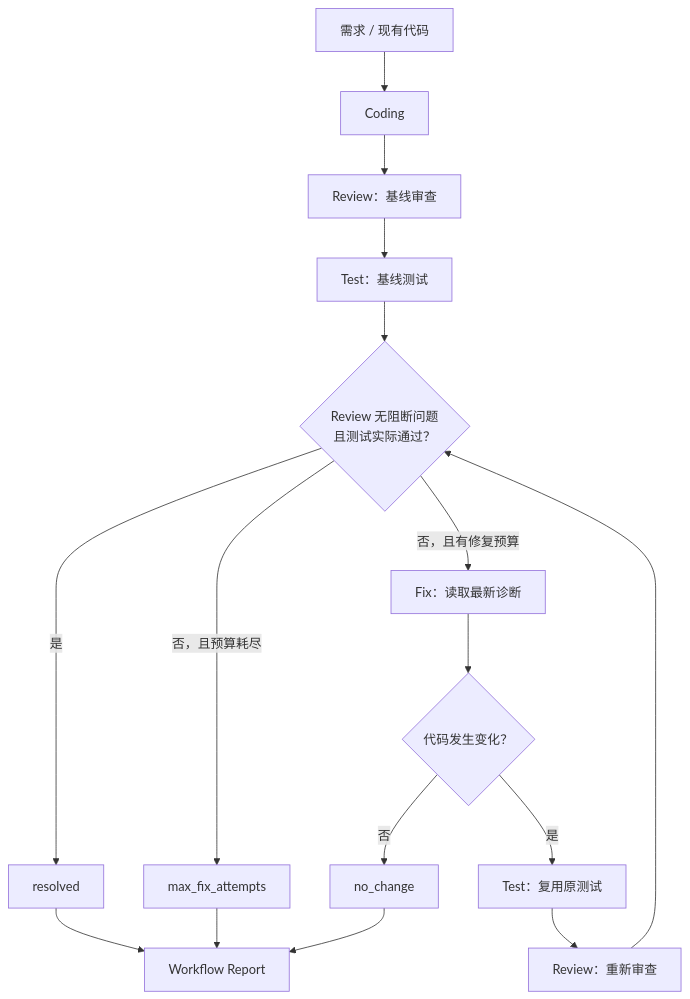
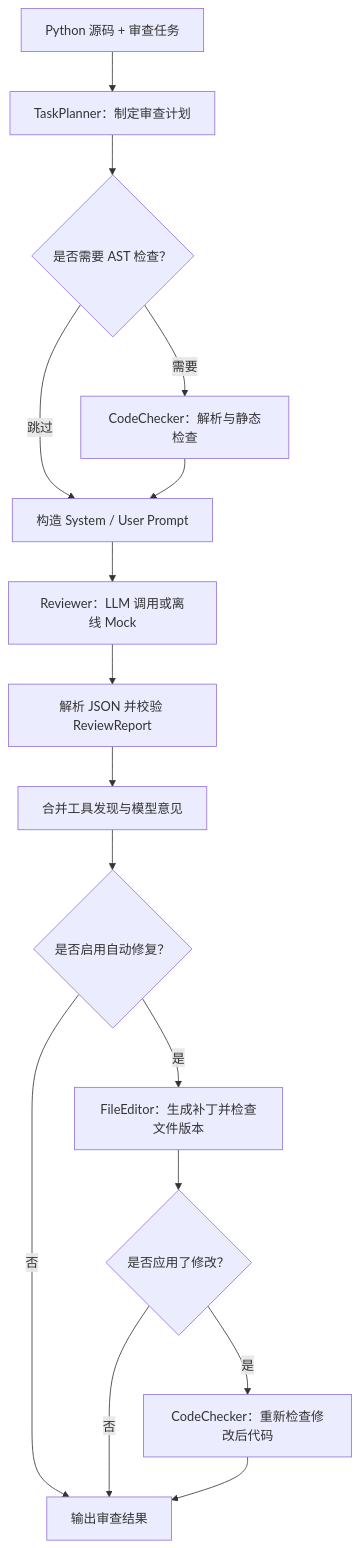
One commit to adogfm/code-review-agent changed the diagram in README.md. Above: the diagram before and after it, drawn with Mermaid. The commit also changed other lines of this file, not shown here.

Commit message:
docs: finalize Homework1 Code Agent README

````diff
--- a/README.md
+++ b/README.md
@@ -76,21 +18,18 @@
 ```mermaid
 flowchart TD
-    Input["需求 / 现有代码"] --> Coding["Coding"]
-    Coding --> BaselineReview["Review：基线审查"]
-    BaselineReview --> BaselineTest["Test：基线测试"]
-    BaselineTest --> Decision{"Review 无阻断问题<br/>且测试实际通过？"}
-
-    Decision -->|是| Success["resolved"]
-    Decision -->|否，且有修复预算| Fix["Fix：读取最新诊断"]
-    Decision -->|否，且预算耗尽| Unresolved["max_fix_attempts"]
-
-    Fix --> Changed{"代码发生变化？"}
-    Changed -->|否| NoChange["no_change"]
-    Changed -->|是| VerifyTest["Test：复用原测试"]
-    VerifyTest --> VerifyReview["Review：重新审查"]
-    VerifyReview --> Decision
-
-    Success --> Report["Workflow Report"]
-    Unresolved --> Report
-    NoChange --> Report
+    Input["Python 源码 + 审查任务"] --> Planner["TaskPlanner：制定审查计划"]
+    Planner --> NeedTool{"是否需要 AST 检查？"}
+    NeedTool -->|需要| Checker["CodeChecker：解析与静态检查"]
+    NeedTool -->|跳过| Prompt["构造 System / User Prompt"]
+    Checker --> Prompt
+    Prompt --> LLM["Reviewer：LLM 调用或离线 Mock"]
+    LLM --> Parse["解析 JSON 并校验 ReviewReport"]
+    Parse --> Report["合并工具发现与模型意见"]
+    Report --> Apply{"是否启用自动修复？"}
+    Apply -->|否| Output["输出审查结果"]
+    Apply -->|是| Editor["FileEditor：生成补丁并检查文件版本"]
+    Editor --> Changed{"是否应用了修改？"}
+    Changed -->|是| Verify["CodeChecker：重新检查修改后代码"]
+    Changed -->|否| Output
+    Verify --> Output
 ```
````
